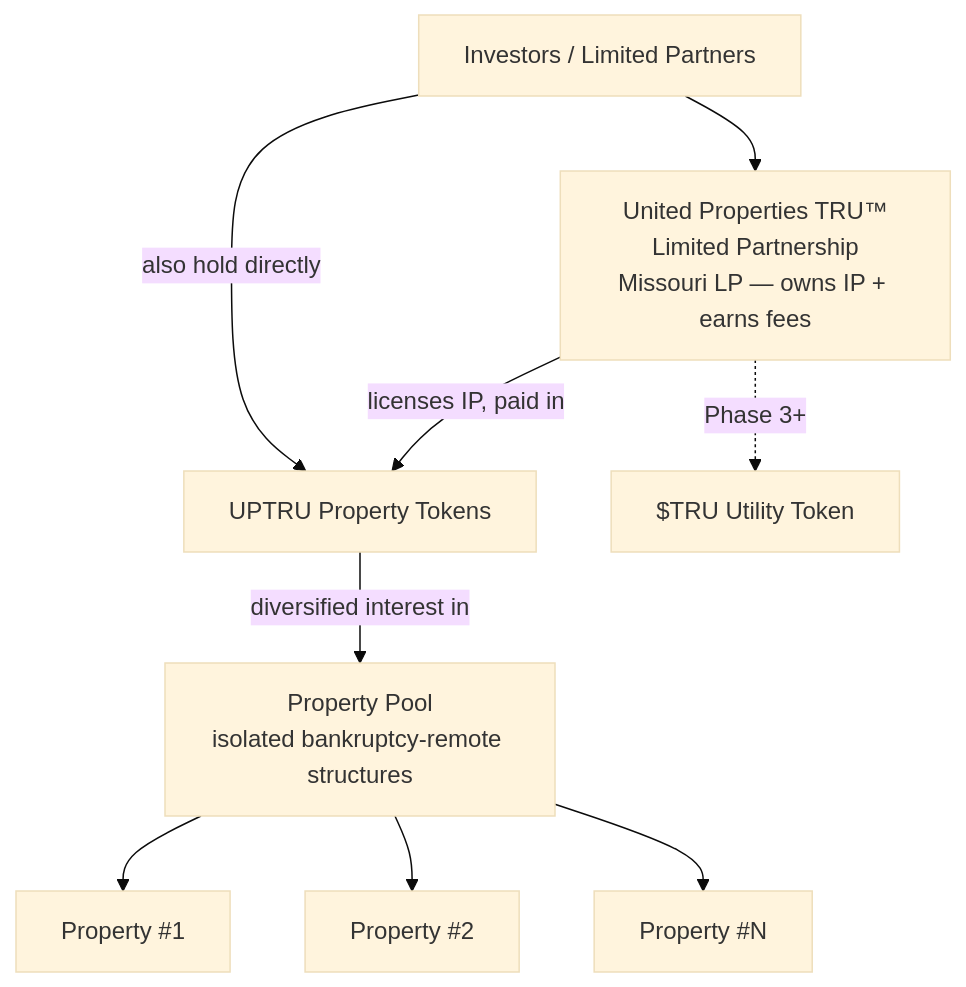
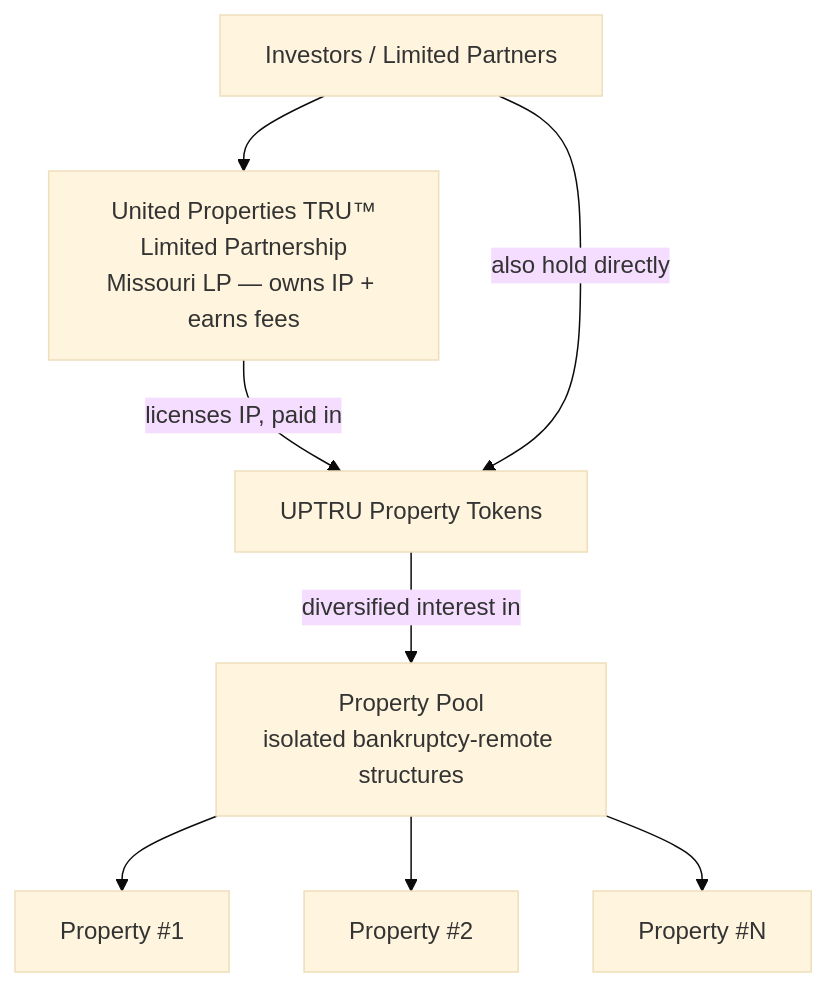
One commit to Gur-noor/Property-United changed the diagram in docs/corporate-structure.md. Above: the diagram before and after it, drawn with Mermaid (base theme). The commit also changed other lines of this file and 15 other files, not shown here.

First line of the commit message:
Whitepaper: single-token model — remove $TRU utility token entirely

````diff
--- a/docs/corporate-structure.md
+++ b/docs/corporate-structure.md
@@ -14,11 +14,10 @@
 ```mermaid
 graph TD
     A[Investors / Limited Partners] --> B[United Properties TRU™<br/>Limited Partnership<br/>Missouri LP — owns IP + earns fees]
     B -->|licenses IP, paid in| T[UPTRU Property Tokens]
     A -->|also hold directly| T
     T -->|diversified interest in| C[Property Pool<br/>isolated bankruptcy-remote structures]
     C --> D[Property #1]
     C --> E[Property #2]
     C --> F[Property #N]
-    B -.->|Phase 3+| H[$TRU Utility Token]
 ```
````
